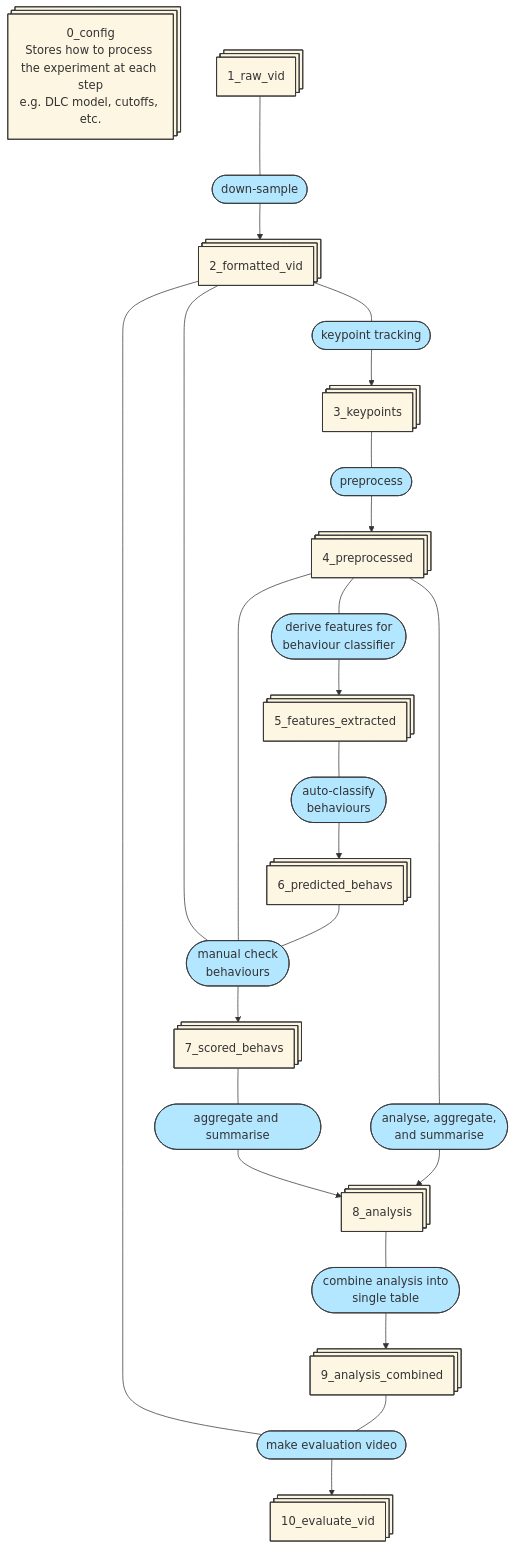
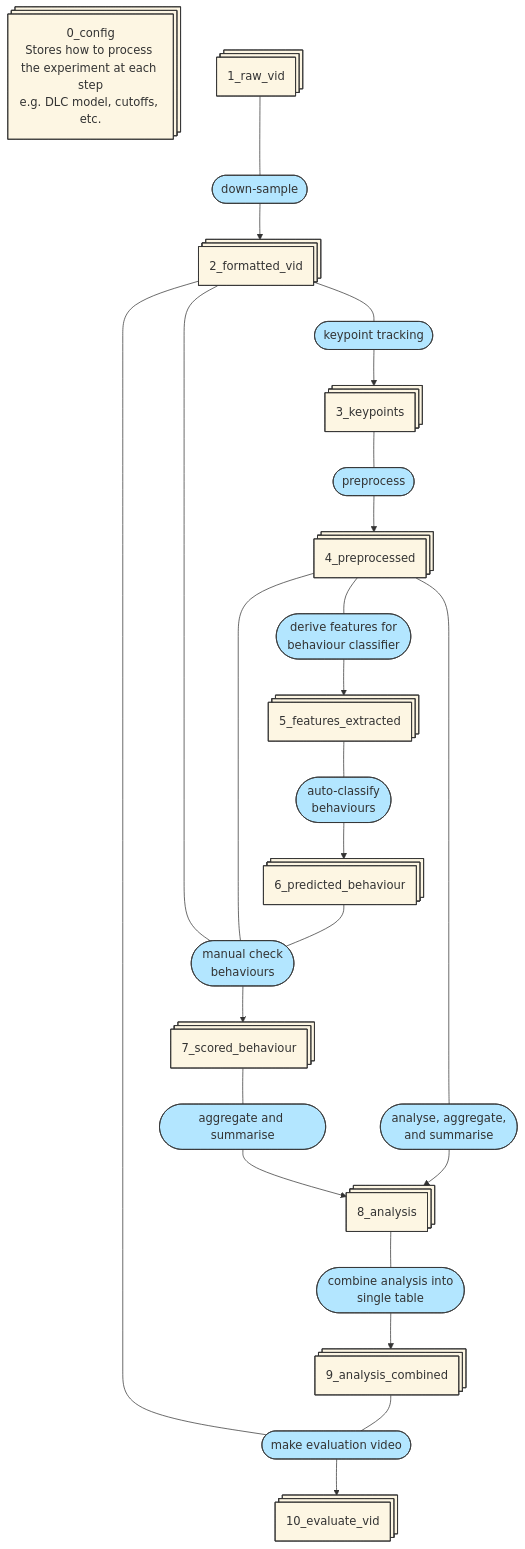
The third of 3 diagrams in src/behavysis/README.md (tlee08/behavysis), drawn with Mermaid before and after one commit. The commit also changed other lines of this file and 53 other files, not shown here.

````diff
--- a/src/behavysis/README.md
+++ b/src/behavysis/README.md
@@ -93,47 +93,47 @@
 ```mermaid
 flowchart TD
     %% File Nodes
     F0@{ shape: st-rect, label: "0_config<br>Stores how to process the experiment at each step<br>e.g. DLC model, cutoffs, etc." }
     F1@{ shape: st-rect, label: "1_raw_vid"}
     F2@{ shape: st-rect, label: "2_formatted_vid"}
     F3@{ shape: st-rect, label: "3_keypoints"}
     F4@{ shape: st-rect, label: "4_preprocessed"}
     F5@{ shape: st-rect, label: "5_features_extracted"}
-    F6@{ shape: st-rect, label: "6_predicted_behavs"}
-    F7@{ shape: st-rect, label: "7_scored_behavs"}
+    F6@{ shape: st-rect, label: "6_predicted_behaviour"}
+    F7@{ shape: st-rect, label: "7_scored_behaviour"}
     F8@{ shape: st-rect, label: "8_analysis"}
     F9@{ shape: st-rect, label: "9_analysis_combined"}
     F10@{ shape: st-rect, label: "10_evaluate_vid"}
 
     %% Process Nodes
     P0@{ shape: pill, label: "down-sample" }
     P1@{ shape: pill, label: "keypoint tracking" }
     P2@{ shape: pill, label: "preprocess" }
     P3@{ shape: pill, label: "derive features for<br>behaviour classifier" }
     P4@{ shape: pill, label: "auto-classify<br>behaviours" }
     P5@{ shape: pill, label: "manual check<br>behaviours" }
     P6@{ shape: pill, label: "aggregate and summarise" }
     P7@{ shape: pill, label: "analyse, aggregate,<br>and summarise" }
     P8@{ shape: pill, label: "combine analysis into<br>single table" }
     P9@{ shape: pill, label: "make evaluation video" }
 
     %% Connections
     F1 --- P0 --> F2
     F2 --- P1 --> F3
     F3 --- P2 --> F4
     F4 --- P3 --> F5
     F5 --- P4 --> F6
     F2 & F4 & F6 --- P5 --> F7
     F7 --- P6 --> F8
     F4 --- P7 --> F8
     F8 --- P8 --> F9
     F2 & F9 --- P9 --> F10
 
     %% Classes for styling
     classDef FileNode fill:#fdf6e3,stroke:#333;
     classDef ProcessNode fill:#b3e6ff,stroke:#333;
 
     %% Apply classes
     class F0,F1,F2,F3,F4,F5,F6,F7,F8,F9,F10 FileNode;
     class P0,P1,P2,P3,P4,P5,P6,P7,P8,P9 ProcessNode;
 ```
````
